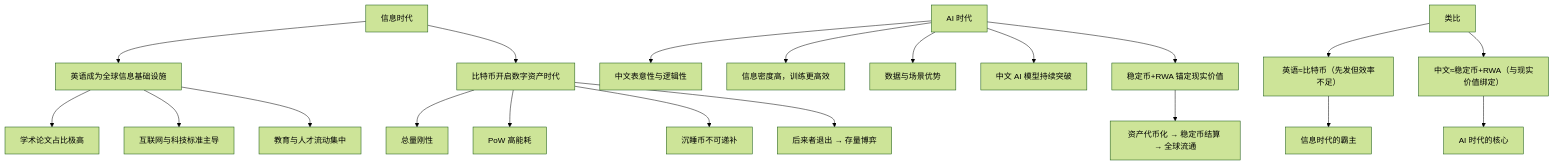
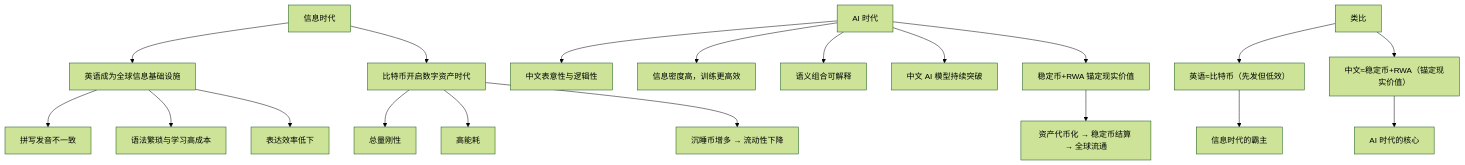
Before and after one commit to nianien/blog: the sixth of 6 diagrams in src/content/blog/technology/中文引领智能时代.md, drawn with Mermaid (forest theme). The commit also changed other lines of this file and 16 other files, not shown here.

````diff
--- a/src/content/blog/technology/中文引领智能时代.md
+++ b/src/content/blog/technology/中文引领智能时代.md
@@ -84,26 +414,21 @@
 ```mermaid
 flowchart TD
     A[信息时代] --> B[英语成为全球信息基础设施]
-    B --> C[学术论文占比极高]
-    B --> D[互联网与科技标准主导]
-    B --> E[教育与人才流动集中]
+    B --> C[拼写发音不一致]
+    B --> D[语法繁琐与学习高成本]
+    B --> E[表达效率低下]
     A --> F[比特币开启数字资产时代]
     F --> G[总量刚性]
-    F --> H[PoW 高能耗]
-    F --> I[沉睡币不可递补]
-    F --> J[后来者退出 → 存量博弈]
-
-K[AI 时代] --> L[中文表意性与逻辑性]
-K --> M[信息密度高，训练更高效]
-K --> N[数据与场景优势]
-K --> O[中文 AI 模型持续突破]
-
-K --> P[稳定币+RWA 锚定现实价值]
-P --> Q[资产代币化 → 稳定币结算 → 全球流通]
-
-R[类比] --> S[英语≈比特币（先发但效率不足）]
-R --> T[中文≈稳定币+RWA（与现实价值绑定）]
-
-S --> U[信息时代的霸主]
-T --> V[AI 时代的核心]
+    F --> H[高能耗]
+    F --> I["沉睡币增多 → 流动性下降"]
+    K[AI 时代] --> L[中文表意性与逻辑性]
+    K --> M["信息密度高，训练更高效"]
+    K --> N[语义组合可解释]
+    K --> O[中文 AI 模型持续突破]
+    K --> P[稳定币+RWA 锚定现实价值]
+    P --> Q["资产代币化 → 稳定币结算 → 全球流通"]
+    R[类比] --> S["英语≈比特币（先发但低效）"]
+    R --> T["中文≈稳定币+RWA（锚定现实价值）"]
+    S --> U[信息时代的霸主]
+    T --> V[AI 时代的核心]
 ```
````
